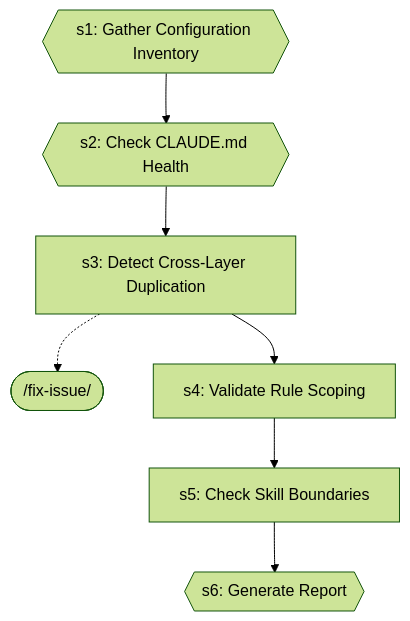
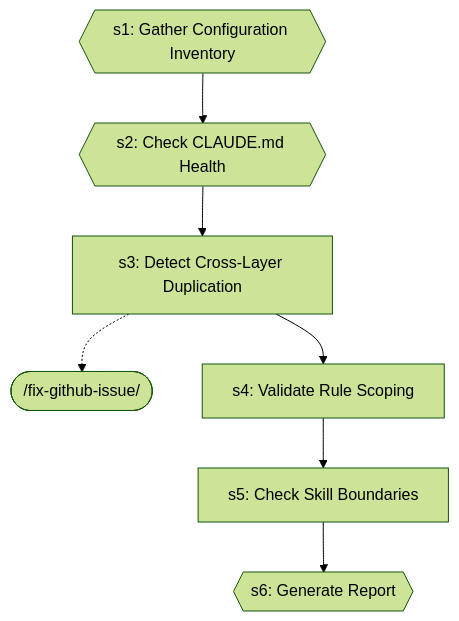
Before and after one commit to abhayla/claude-best-practices: diagram 35 of 40 in docs/workflows/development-loop.md, drawn with Mermaid (forest theme). The commit also changed other lines of this file and 153 other files, not shown here.

````diff
--- a/docs/workflows/development-loop.md
+++ b/docs/workflows/development-loop.md
@@ -1345,16 +1434,16 @@
 ```mermaid
 graph TD
     s1{{s1: Gather Configuration Inventory}}
     s2{{s2: Check CLAUDE.md Health}}
     s1 --> s2
     s3["s3: Detect Cross-Layer Duplication"]
     s2 --> s3
-    fix_issue_ext([/fix-issue/])
-    s3 -.-> fix_issue_ext
+    fix_github_issue_ext([/fix-github-issue/])
+    s3 -.-> fix_github_issue_ext
     s4["s4: Validate Rule Scoping"]
     s3 --> s4
     s5["s5: Check Skill Boundaries"]
     s4 --> s5
     s6{{s6: Generate Report}}
     s5 --> s6
 ```
````
